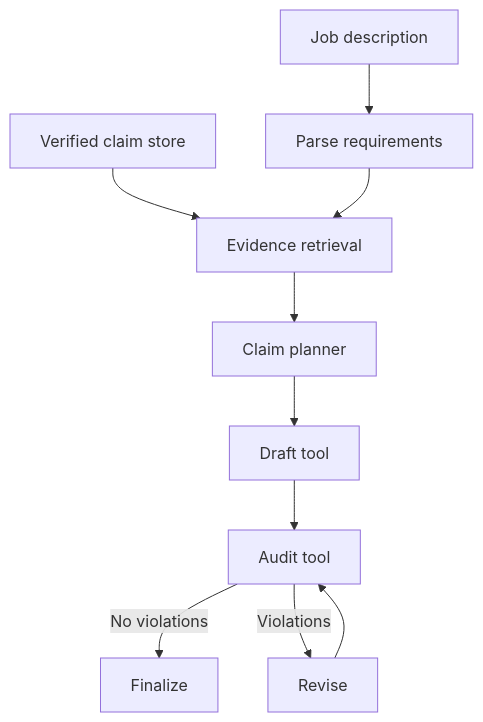
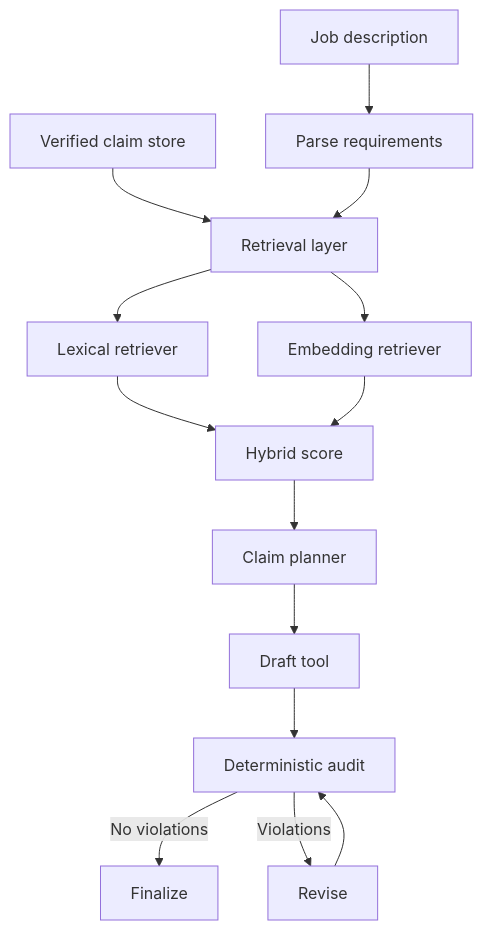
Before and after one commit to JosieCen/Evidence-grounded_Resume_Tailoring_Agent: the diagram in docs/ARCHITECTURE.md, drawn with Mermaid. The commit also changed other lines of this file, not shown here.

Commit message:
docs: update architecture for semantic and hybrid retrieval

````diff
--- a/docs/ARCHITECTURE.md
+++ b/docs/ARCHITECTURE.md
@@ -7,12 +7,16 @@
 ```mermaid
 flowchart TD
     JD[Job description] --> P[Parse requirements]
-    DB[Verified claim store] --> R[Evidence retrieval]
+    DB[Verified claim store] --> R[Retrieval layer]
     P --> R
-    R --> PL[Claim planner]
+    R --> L[Lexical retriever]
+    R --> E[Embedding retriever]
+    L --> H[Hybrid score]
+    E --> H
+    H --> PL[Claim planner]
     PL --> D[Draft tool]
-    D --> A[Audit tool]
+    D --> A[Deterministic audit]
     A -->|No violations| F[Finalize]
     A -->|Violations| RV[Revise]
     RV --> A
 ```
````
